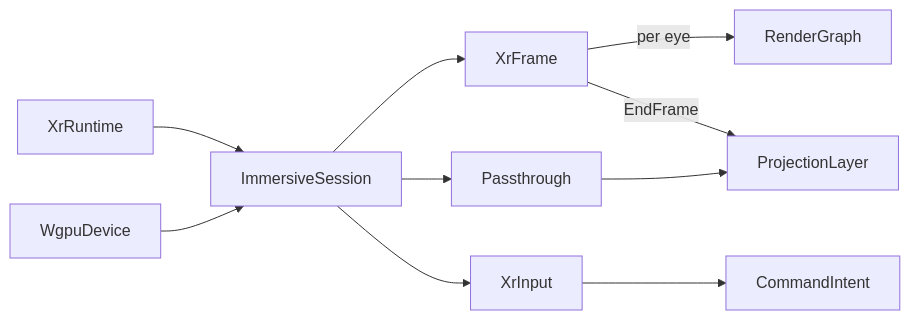
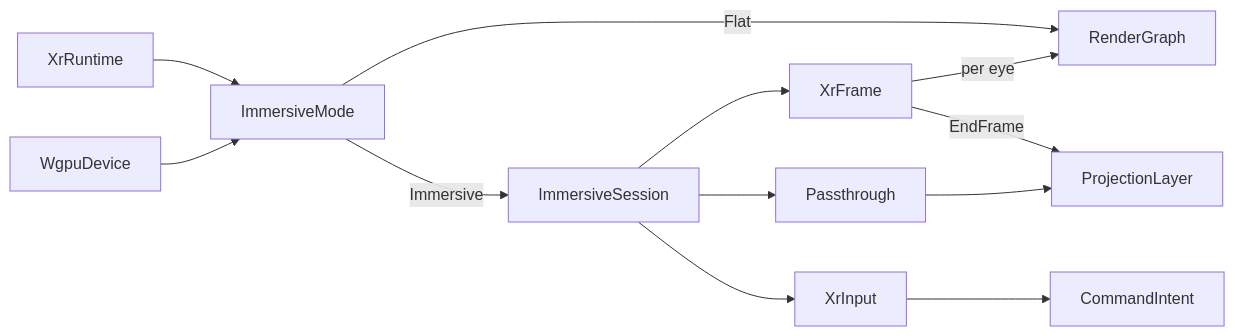
The diagram in libs/csharp/Rasm.AppUi/.planning/Render/immersive.md (bsamiee/Rasm), drawn with Mermaid before and after one commit. The commit also changed other lines of this file and 43 other files, not shown here.

````diff
--- a/libs/csharp/Rasm.AppUi/.planning/Render/immersive.md
+++ b/libs/csharp/Rasm.AppUi/.planning/Render/immersive.md
@@ -120,12 +171,14 @@
 ```mermaid
 flowchart LR
-    XrRuntime --> ImmersiveSession
-    WgpuDevice --> ImmersiveSession
+    XrRuntime --> ImmersiveMode
+    WgpuDevice --> ImmersiveMode
+    ImmersiveMode -->|Immersive| ImmersiveSession
+    ImmersiveMode -->|Flat| RenderGraph
     ImmersiveSession --> XrFrame
     XrFrame -->|per eye| RenderGraph
     XrFrame -->|EndFrame| ProjectionLayer
     ImmersiveSession --> XrInput
     XrInput --> CommandIntent
     ImmersiveSession --> Passthrough
     Passthrough --> ProjectionLayer
 ```
````
